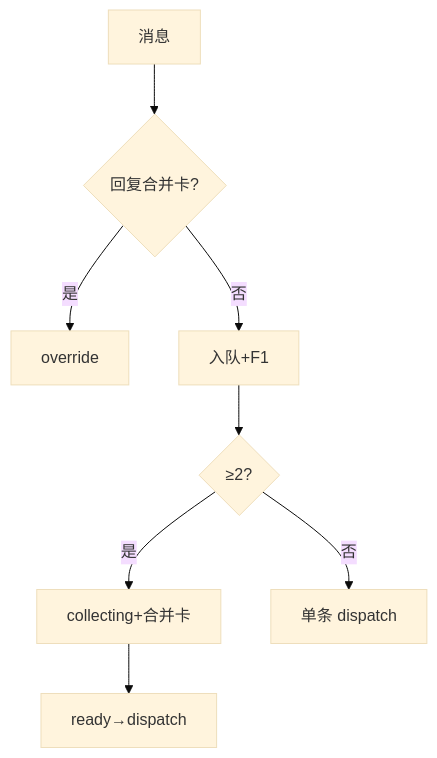
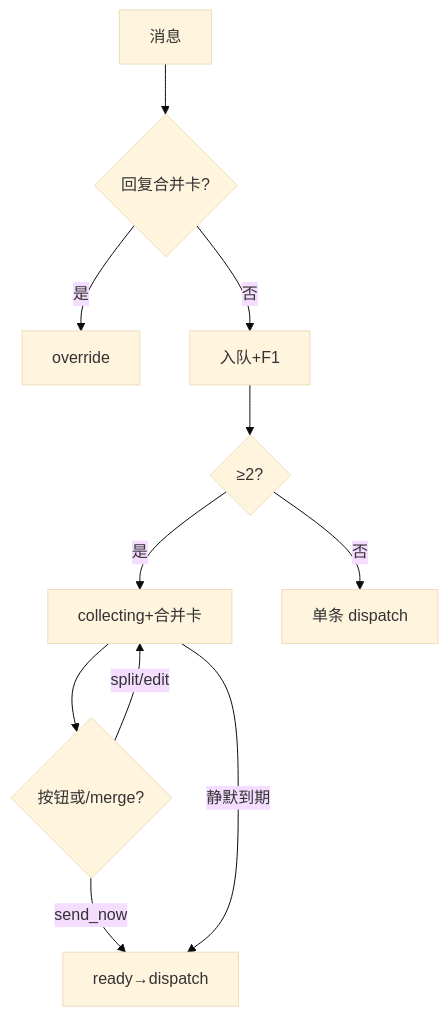
One commit to suveng/cursor-claw changed the second of 2 diagrams in knowledge/业务域/消息桥接/01-概览.md. Above: the diagram before and after it, drawn with Mermaid (base theme). The commit also changed other lines of this file and 21 other files, not shown here.

````diff
--- a/knowledge/业务域/消息桥接/01-概览.md
+++ b/knowledge/业务域/消息桥接/01-概览.md
@@ -26,10 +26,13 @@
 ```mermaid
 flowchart TD
   IN[消息] --> F3{回复合并卡?}
   F3 -->|是| MOD[override]
   F3 -->|否| ENQ[入队+F1]
   ENQ --> MB{≥2?}
   MB -->|是| COL[collecting+合并卡]
-  COL --> RDY[ready→dispatch]
+  COL --> CTRL{按钮或/merge?}
+  CTRL -->|send_now| RDY[ready→dispatch]
+  CTRL -->|split/edit| COL
+  COL -->|静默到期| RDY
   MB -->|否| D1[单条 dispatch]
 ```
````
